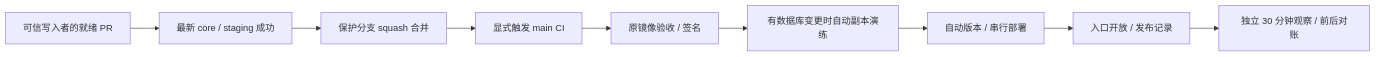
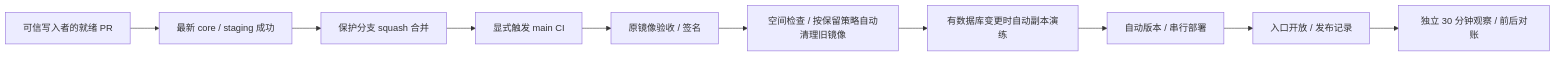
One commit to Jin070810/miaomiaojianjituan changed the diagram in docs/AUTOMATIC-RELEASE.md. Above: the diagram before and after it, drawn with Mermaid. The commit also changed other lines of this file and 8 other files, not shown here.

````diff
--- a/docs/AUTOMATIC-RELEASE.md
+++ b/docs/AUTOMATIC-RELEASE.md
@@ -7,11 +7,12 @@
 ```mermaid
 flowchart LR
   A[可信写入者的就绪 PR] --> B[最新 core / staging 成功]
   B --> C[保护分支 squash 合并]
   C --> D[显式触发 main CI]
   D --> E[原镜像验收 / 签名]
-  E --> I[有数据库变更时自动副本演练]
+  E --> J[空间检查 / 按保留策略自动清理旧镜像]
+  J --> I[有数据库变更时自动副本演练]
   I --> F[自动版本 / 串行部署]
   F --> G[入口开放 / 发布记录]
   G --> H[独立 30 分钟观察 / 前后对账]
 ```
````
